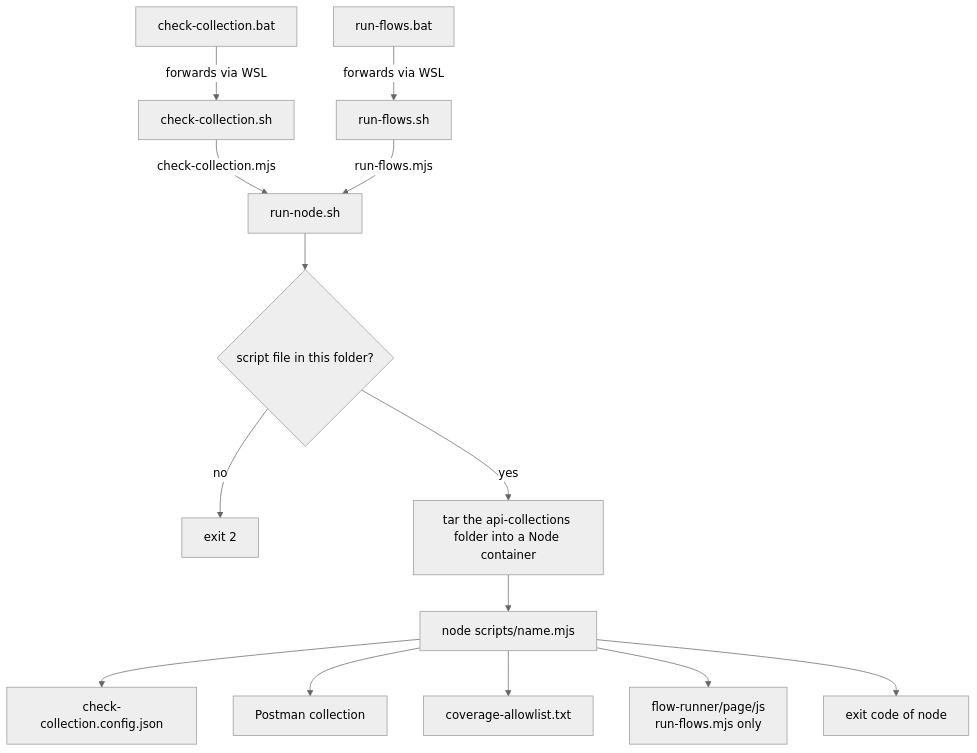
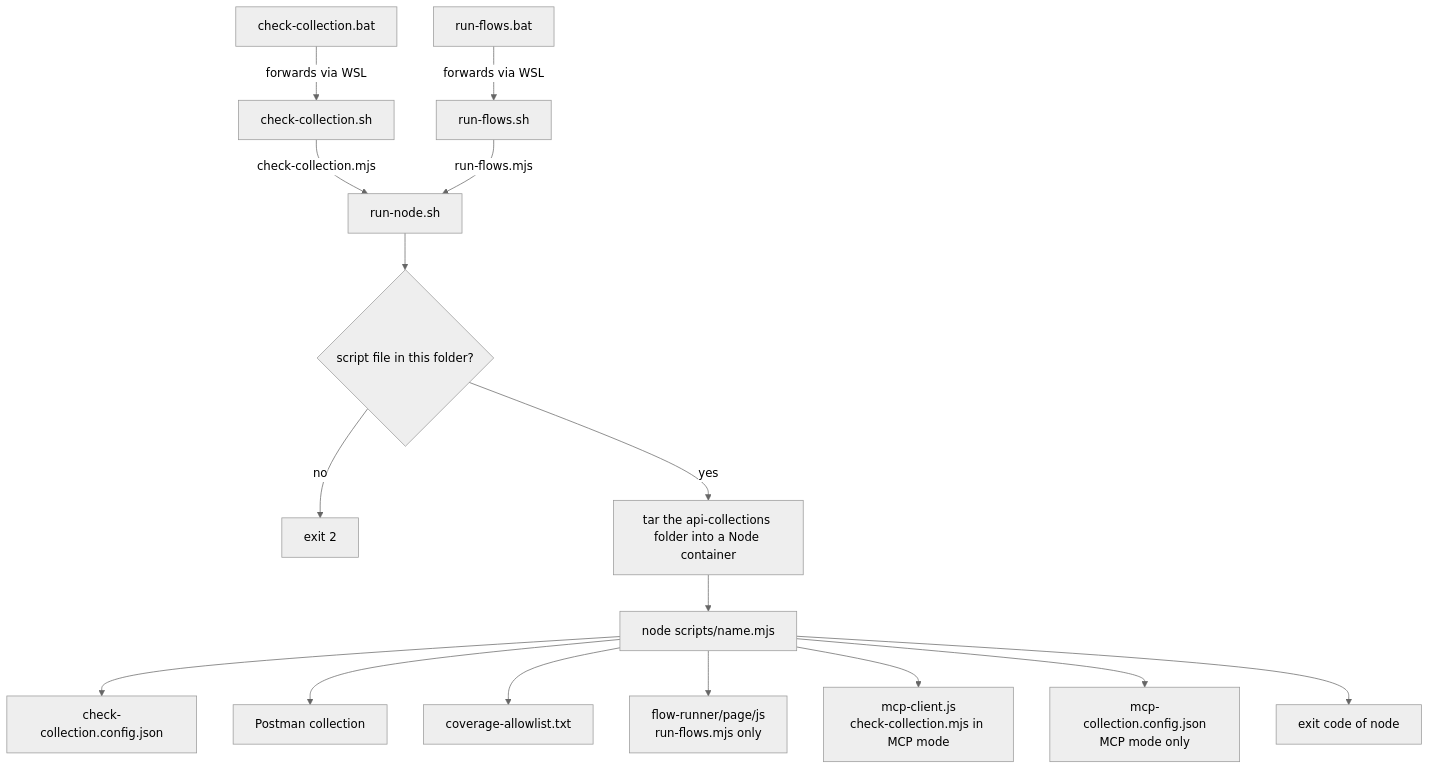
Before and after one commit to OstMutant/Advertisement: the diagram in docs/api-collections/scripts/README.md, drawn with Mermaid (neutral theme). The commit also changed other lines of this file and 111 other files, not shown here.

First line of the commit message:
feat(improvement-221): an MCP server over the REST API with eleven read-only tools, an MCP page in the API flow runner, an Origin check on /mcp; the task is closed

````diff
--- a/docs/api-collections/scripts/README.md
+++ b/docs/api-collections/scripts/README.md
@@ -34,16 +34,18 @@
 ```mermaid
 flowchart TD
     CCB[check-collection.bat] -->|forwards via WSL| CCS[check-collection.sh]
     RFB[run-flows.bat] -->|forwards via WSL| RFS[run-flows.sh]
     CCS -->|check-collection.mjs| RN[run-node.sh]
     RFS -->|run-flows.mjs| RN
     RN --> SF{script file in this folder?}
     SF -->|no| X2[exit 2]
     SF -->|yes| TAR[tar the api-collections folder into a Node container]
     TAR --> NODE[node scripts/name.mjs]
     NODE --> CFG[check-collection.config.json]
     NODE --> PC[Postman collection]
     NODE --> AL[coverage-allowlist.txt]
     NODE --> FR[flow-runner/page/js<br/>run-flows.mjs only]
+    NODE --> MCPC[mcp-client.js<br/>check-collection.mjs in MCP mode]
+    NODE --> MCPCFG[mcp-collection.config.json<br/>MCP mode only]
     NODE --> EXIT[exit code of node]
 ```
````
